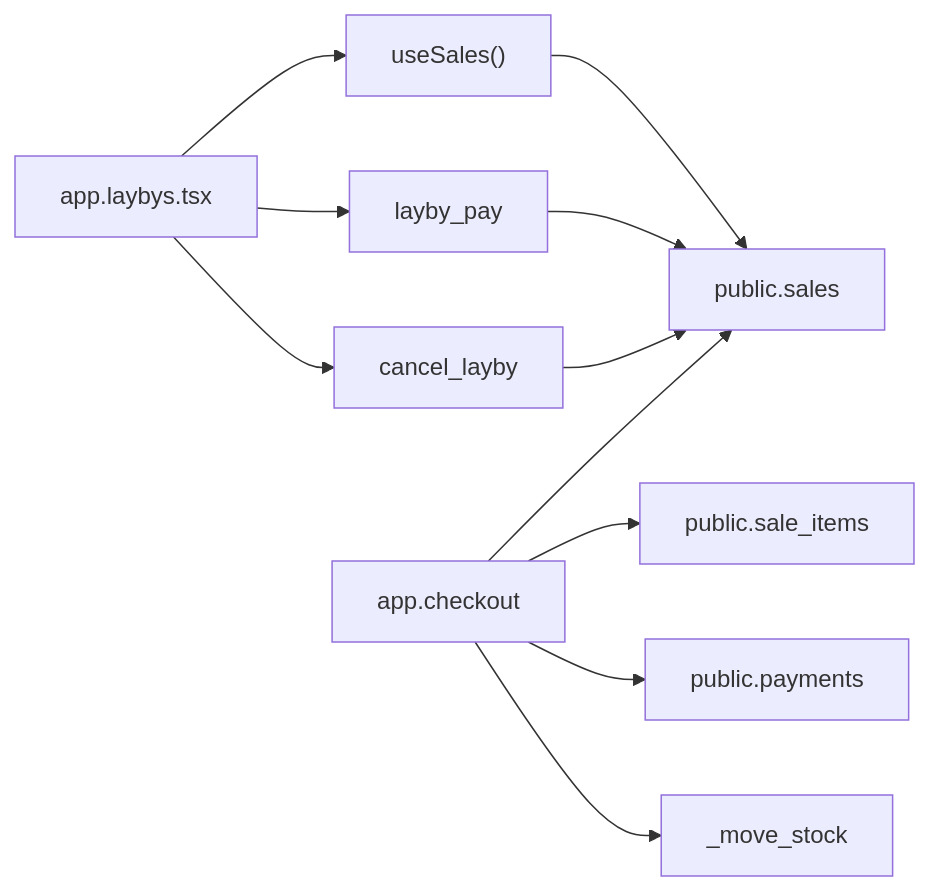
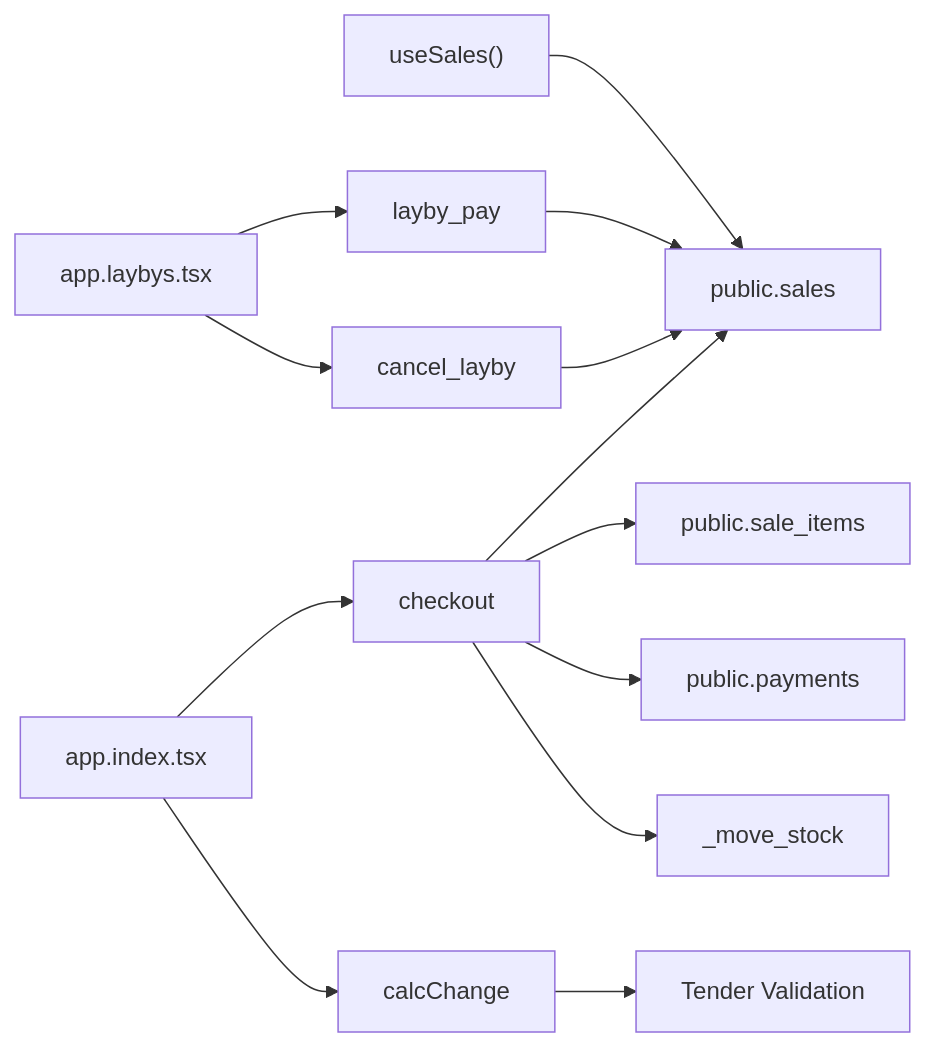
Before and after one commit to themclloyd/storq: the sixth of 6 diagrams in .qoder/repowiki/en/content/Point of Sale System/Transaction Workflows/Layby Order Management.md, drawn with Mermaid. The commit also changed other lines of this file and 27 other files, not shown here.

````diff
--- a/.qoder/repowiki/en/content/Point of Sale System/Transaction Workflows/Layby Order Management.md
+++ b/.qoder/repowiki/en/content/Point of Sale System/Transaction Workflows/Layby Order Management.md
@@ -328,13 +394,15 @@
 ```mermaid
 graph LR
 UI_Laybys["app.laybys.tsx"] --> RPC_Pay["layby_pay"]
 UI_Laybys --> RPC_Cancel["cancel_layby"]
-UI_Laybys --> UseSales["useSales()"]
-UseSales --> DB_Sales["public.sales"]
+UI_POS["app.index.tsx"] --> Checkout["checkout"]
+UI_POS --> CalcChange["calcChange"]
+UseSales["useSales()"] --> DB_Sales["public.sales"]
 RPC_Pay --> DB_Sales
 RPC_Cancel --> DB_Sales
-Checkout["app.checkout"] --> DB_Sales
+Checkout --> DB_Sales
 Checkout --> DB_Items["public.sale_items"]
 Checkout --> DB_Payments["public.payments"]
 Checkout --> Stock["_move_stock"]
+CalcChange --> TenderValidation["Tender Validation"]
 ```
````
